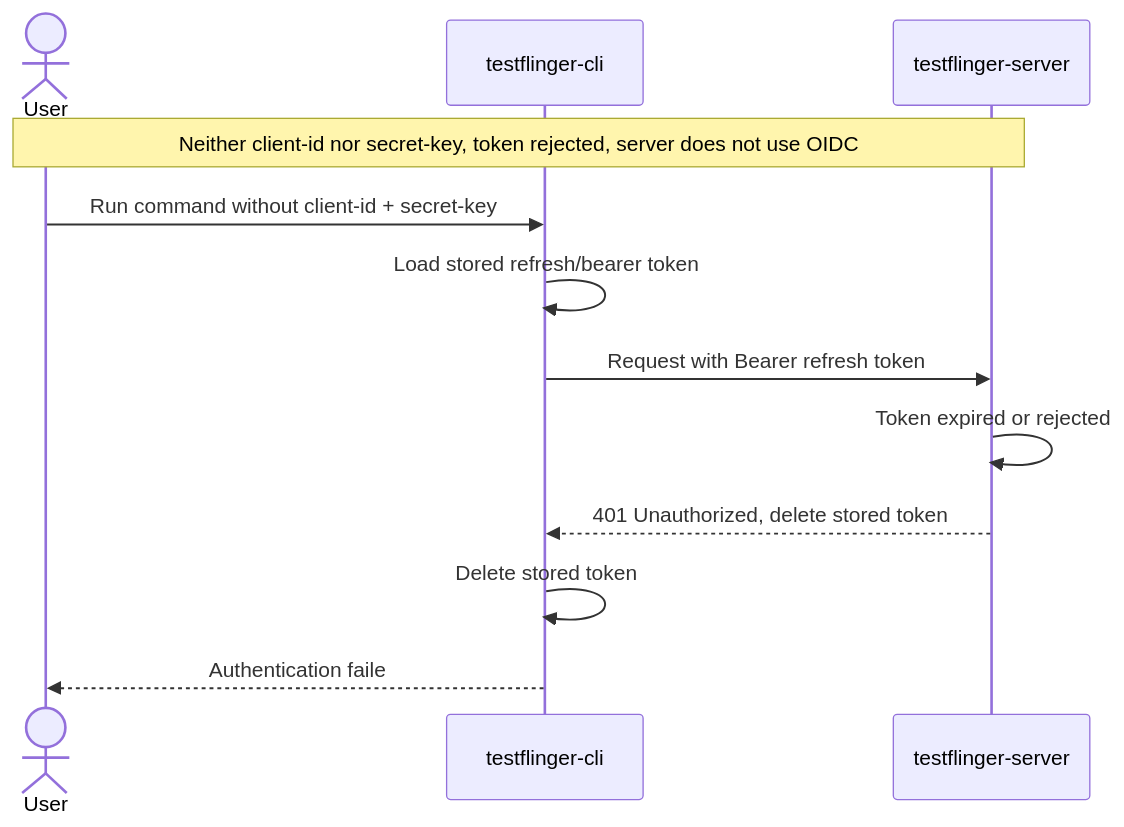
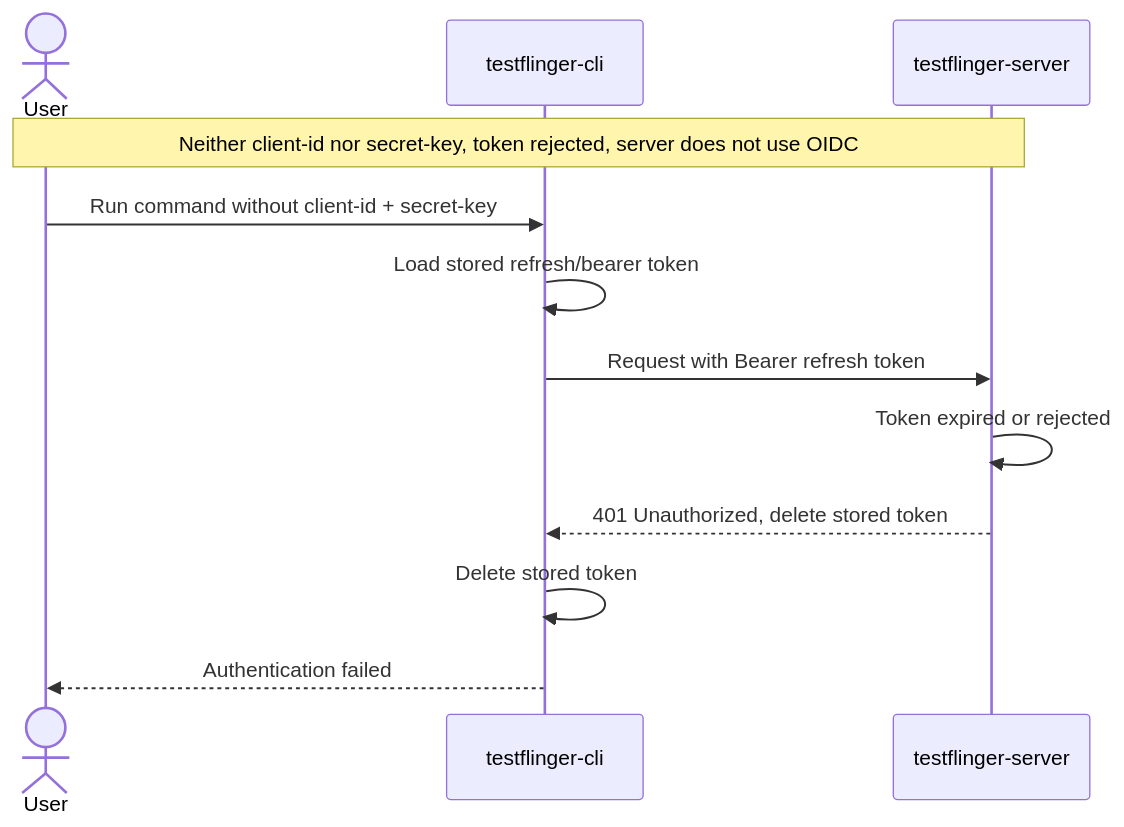
One commit to canonical/testflinger changed the fifth of 7 diagrams in docs/explanation/authentication.rst. Above: the diagram before and after it, drawn with Mermaid. The commit also changed other lines of this file, not shown here.

Commit message:
docs: reorganize authentication section

```diff
--- a/docs/explanation/authentication.rst
+++ b/docs/explanation/authentication.rst
@@ -149,18 +148,18 @@
 .. mermaid::
     :alt: Sequence diagram showing a refresh token being rejected and the user being denied access
     :caption: Sequence diagram showing a refresh token being rejected and the user being denied access
     :align: center
 
     sequenceDiagram
         actor User
         participant CLI as testflinger-cli
         participant Server as testflinger-server
 
         Note over User,Server: Neither client-id nor secret-key, token rejected, server does not use OIDC
         User->>CLI: Run command without client-id + secret-key
         CLI->>CLI: Load stored refresh/bearer token
         CLI->>Server: Request with Bearer refresh token
         Server->>Server: Token expired or rejected
         Server-->>CLI: 401 Unauthorized, delete stored token
         CLI->>CLI: Delete stored token
-        CLI-->>User: Authentication faile
+        CLI-->>User: Authentication failed
```
